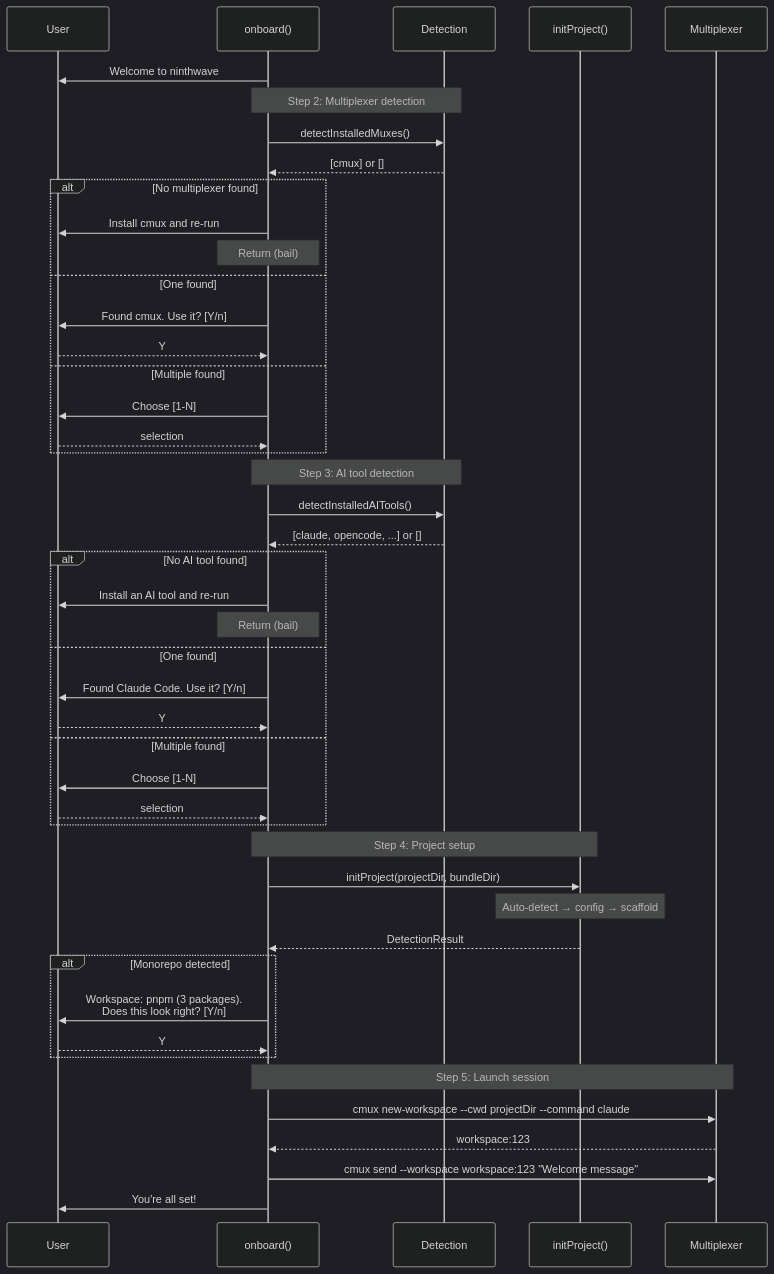
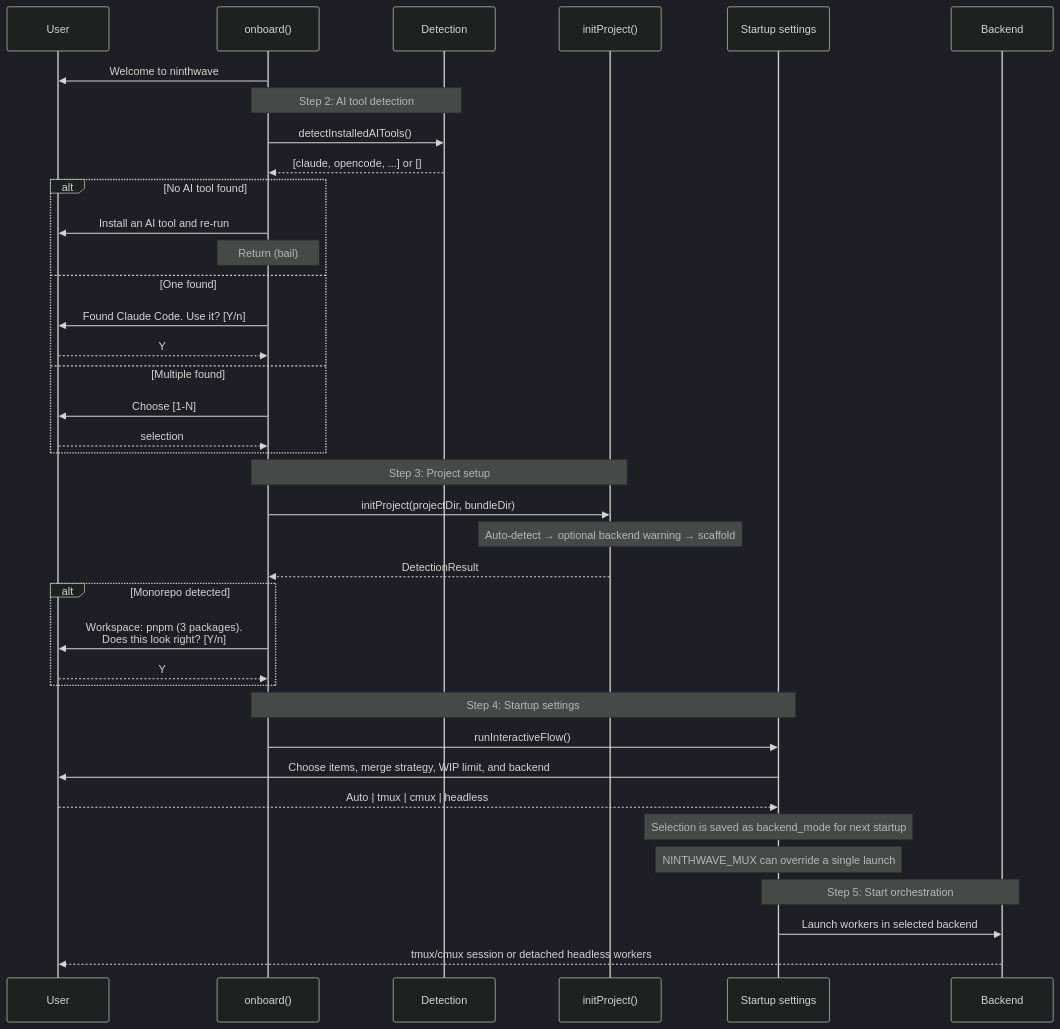
One commit to roblambell/ninthwave changed the second of 4 diagrams in docs/onboarding.md. Above: the diagram before and after it, drawn with Mermaid (dark theme). The commit also changed other lines of this file and 4 other files, not shown here.

First line of the commit message:
docs: refresh backend selection docs (L-BES-6) (#537)

````diff
--- a/docs/onboarding.md
+++ b/docs/onboarding.md
@@ -56,56 +56,47 @@
 ```mermaid
 sequenceDiagram
     participant U as User
     participant O as onboard()
     participant D as Detection
     participant I as initProject()
-    participant M as Multiplexer
+    participant S as Startup settings
+    participant B as Backend
 
     O->>U: Welcome to ninthwave
 
-    Note over O,D: Step 2: Multiplexer detection
-    O->>D: detectInstalledMuxes()
-    D-->>O: [cmux] or []
-
-    alt No multiplexer found
-        O->>U: Install cmux and re-run
-        Note over O: Return (bail)
-    else One found
-        O->>U: Found cmux. Use it? [Y/n]
-        U-->>O: Y
-    else Multiple found
-        O->>U: Choose [1-N]
-        U-->>O: selection
-    end
-
-    Note over O,D: Step 3: AI tool detection
+    Note over O,D: Step 2: AI tool detection
     O->>D: detectInstalledAITools()
     D-->>O: [claude, opencode, ...] or []
 
     alt No AI tool found
         O->>U: Install an AI tool and re-run
         Note over O: Return (bail)
     else One found
         O->>U: Found Claude Code. Use it? [Y/n]
         U-->>O: Y
     else Multiple found
         O->>U: Choose [1-N]
         U-->>O: selection
     end
 
-    Note over O,I: Step 4: Project setup
+    Note over O,I: Step 3: Project setup
     O->>I: initProject(projectDir, bundleDir)
-    Note over I: Auto-detect → config → scaffold
+    Note over I: Auto-detect → optional backend warning → scaffold
     I-->>O: DetectionResult
 
     alt Monorepo detected
         O->>U: Workspace: pnpm (3 packages).<br/>Does this look right? [Y/n]
         U-->>O: Y
     end
 
-    Note over O,M: Step 5: Launch session
-    O->>M: cmux new-workspace --cwd projectDir --command claude
-    M-->>O: workspace:123
-    O->>M: cmux send --workspace workspace:123 "Welcome message"
-    O->>U: You're all set!
+    Note over O,S: Step 4: Startup settings
+    O->>S: runInteractiveFlow()
+    S->>U: Choose items, merge strategy, WIP limit, and backend
+    U-->>S: Auto | tmux | cmux | headless
+    Note over S: Selection is saved as backend_mode for next startup
+    Note over S: NINTHWAVE_MUX can override a single launch
+
+    Note over S,B: Step 5: Start orchestration
+    S->>B: Launch workers in selected backend
+    B-->>U: tmux/cmux session or detached headless workers
 ```
````
